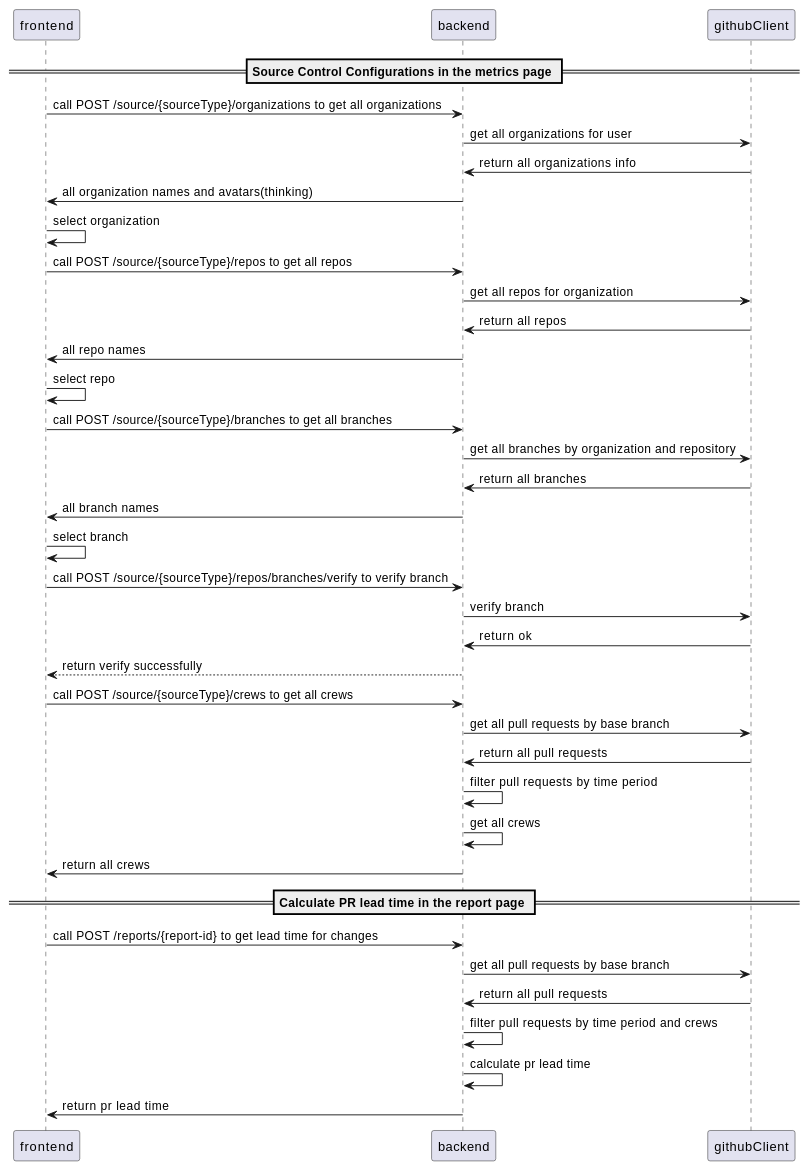
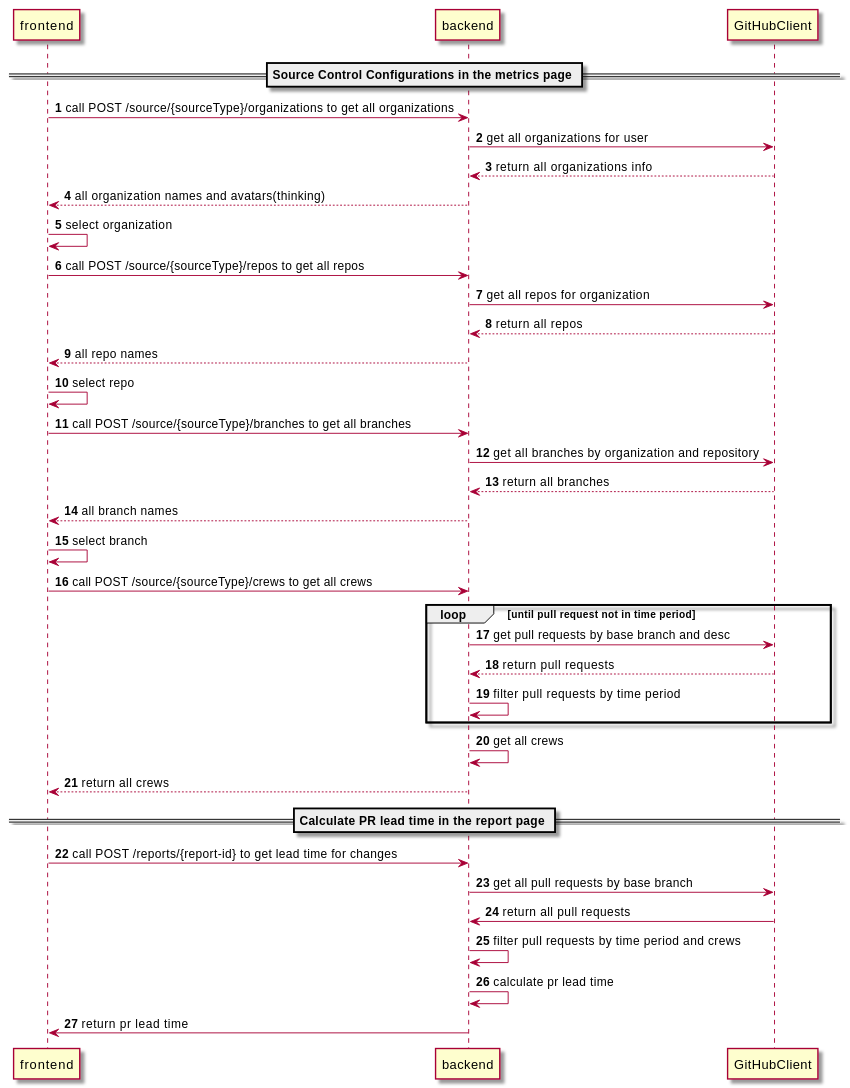
One commit to au-heartbeat/Heartbeat changed the diagram in docs/src/content/docs/en/spikes/tech-spikes-github-api-for-pull-request-info-by-token.mdx. Above: the diagram before and after it, drawn with PlantUML. The commit also changed other lines of this file and 1 other file, not shown here.

````diff
--- a/docs/src/content/docs/en/spikes/tech-spikes-github-api-for-pull-request-info-by-token.mdx
+++ b/docs/src/content/docs/en/spikes/tech-spikes-github-api-for-pull-request-info-by-token.mdx
@@ -20,42 +20,42 @@
 ```plantuml
 @startuml
+autonumber
+skin rose
 participant frontend as frontend
 participant backend as backend
-participant githubClient as githubClient
+participant GitHubClient as GitHubClient
 
 == Source Control Configurations in the metrics page ==
 frontend -> backend: call POST /source/{sourceType}/organizations to get all organizations
-backend -> githubClient: get all organizations for user
-githubClient -> backend: return all organizations info
-backend -> frontend: all organization names and avatars(thinking)
+backend -> GitHubClient: get all organizations for user
+GitHubClient --> backend: return all organizations info
+backend --> frontend: all organization names and avatars(thinking)
 frontend -> frontend: select organization
 frontend -> backend: call POST /source/{sourceType}/repos to get all repos
-backend -> githubClient: get all repos for organization
-githubClient -> backend: return all repos
-backend -> frontend: all repo names
+backend -> GitHubClient: get all repos for organization
+GitHubClient --> backend: return all repos
+backend --> frontend: all repo names
 frontend -> frontend: select repo
 frontend -> backend: call POST /source/{sourceType}/branches to get all branches
-backend -> githubClient: get all branches by organization and repository
-githubClient -> backend: return all branches
-backend -> frontend: all branch names
+backend -> GitHubClient: get all branches by organization and repository
+GitHubClient --> backend: return all branches
+backend --> frontend: all branch names
 frontend -> frontend: select branch
-frontend -> backend: call POST /source/{sourceType}/repos/branches/verify to verify branch
-backend -> githubClient: verify branch
-githubClient -> backend: return ok
-backend --> frontend: return verify successfully
 frontend -> backend: call POST /source/{sourceType}/crews to get all crews
-backend -> githubClient: get all pull requests by base branch
-githubClient -> backend: return all pull requests
-backend -> backend: filter pull requests by time period
+loop until pull request not in time period
+    backend -> GitHubClient: get pull requests by base branch and desc
+    GitHubClient --> backend: return pull requests
+    backend -> backend: filter pull requests by time period
+end
 backend -> backend: get all crews
-backend -> frontend: return all crews
+backend --> frontend: return all crews
 
 == Calculate PR lead time in the report page ==
 frontend -> backend: call POST /reports/{report-id} to get lead time for changes
-backend -> githubClient: get all pull requests by base branch
-githubClient -> backend: return all pull requests
+backend -> GitHubClient: get all pull requests by base branch
+GitHubClient -> backend: return all pull requests
 backend -> backend: filter pull requests by time period and crews
 backend -> backend: calculate pr lead time
 backend -> frontend: return pr lead time
 @enduml
 ```
````
